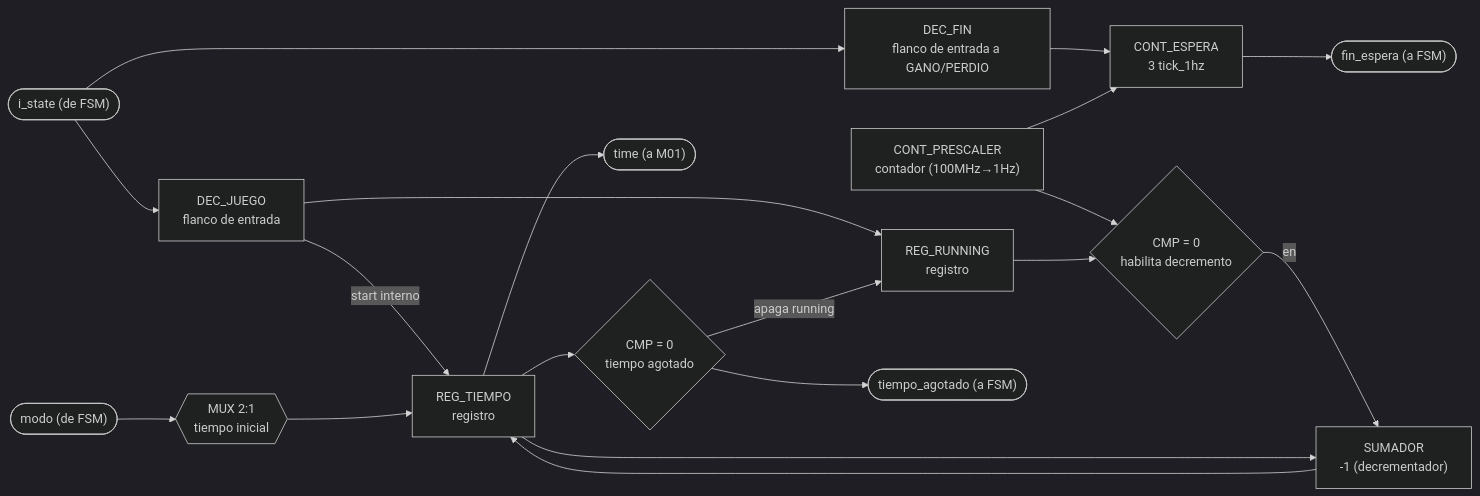
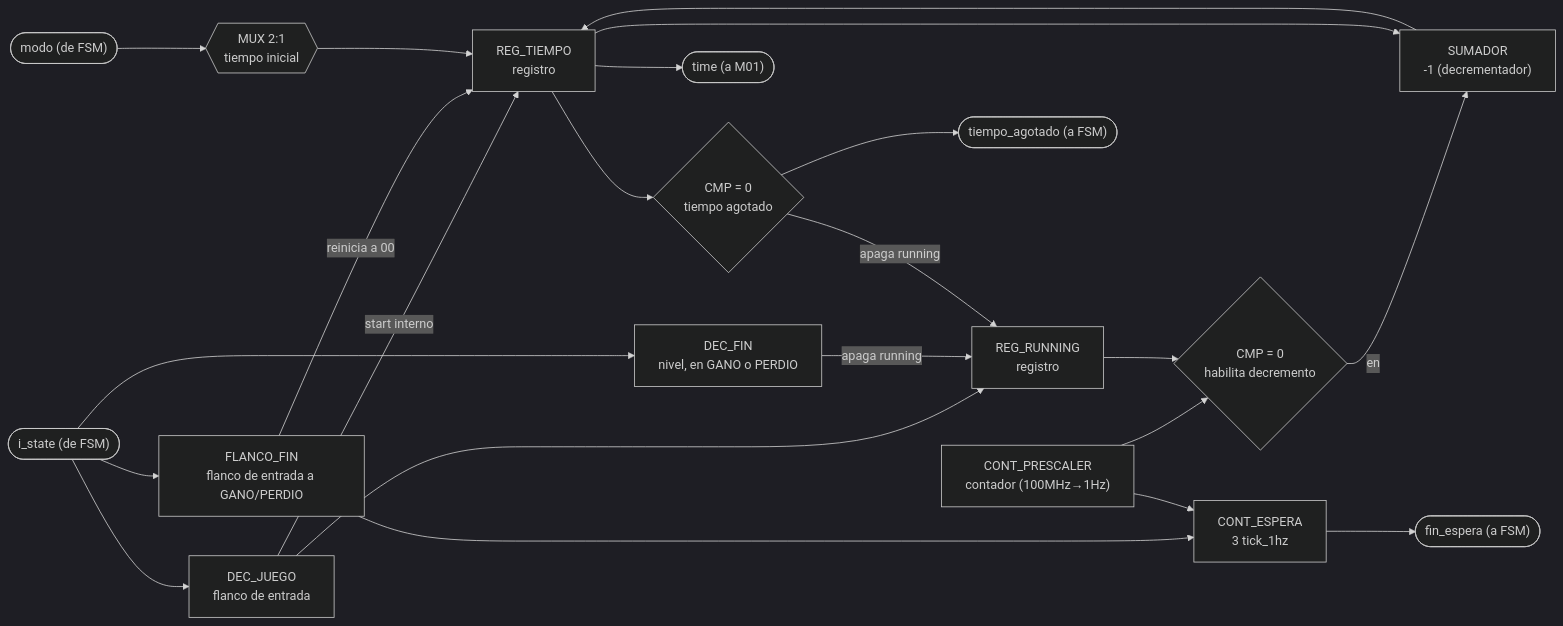
One commit to Taller-de-diseno-digital-GR01/Proyecto-2-Ahorcado changed the first of 2 diagrams in docs/diseño/modulos/M03_Temporizador.md. Above: the diagram before and after it, drawn with Mermaid (dark theme). The commit also changed other lines of this file and 4 other files, not shown here.

````diff
--- a/docs/diseño/modulos/M03_Temporizador.md
+++ b/docs/diseño/modulos/M03_Temporizador.md
@@ -9,21 +9,24 @@
 ```mermaid
 flowchart LR
     IN_STATE(["i_state (de FSM)"]) --> DECJ["DEC_JUEGO<br/>flanco de entrada"]
-    IN_STATE --> DECF["DEC_FIN<br/>flanco de entrada a GANO/PERDIO"]
+    IN_STATE --> DECFN["DEC_FIN<br/>nivel, en GANO o PERDIO"]
+    IN_STATE --> DECF["FLANCO_FIN<br/>flanco de entrada a GANO/PERDIO"]
     DECJ -->|"start interno"| REG_T["REG_TIEMPO<br/>registro"]
     DECJ --> REG_RUN["REG_RUNNING<br/>registro"]
+    DECFN -->|"apaga running"| REG_RUN
+    DECF -->|"reinicia a 00"| REG_T
     IN_MODO(["modo (de FSM)"]) --> MUX1{{"MUX 2:1<br/>tiempo inicial"}}
     MUX1 --> REG_T
     CNT_PRE["CONT_PRESCALER<br/>contador (100MHz→1Hz)"] --> CMP1{"CMP = 0<br/>habilita decremento"}
     REG_RUN --> CMP1
     CMP1 -->|en| SUB1["SUMADOR<br/>-1 (decrementador)"]
     REG_T --> SUB1
     SUB1 --> REG_T
     REG_T --> CMP2{"CMP = 0<br/>tiempo agotado"}
     CMP2 --> OUT_FIN(["tiempo_agotado (a FSM)"])
     CMP2 -->|"apaga running"| REG_RUN
     REG_T --> OUT_TIME(["time (a M01)"])
     DECF --> CNT_ESPERA["CONT_ESPERA<br/>3 tick_1hz"]
     CNT_PRE --> CNT_ESPERA
     CNT_ESPERA --> OUT_ESPERA(["fin_espera (a FSM)"])
 ```
````
